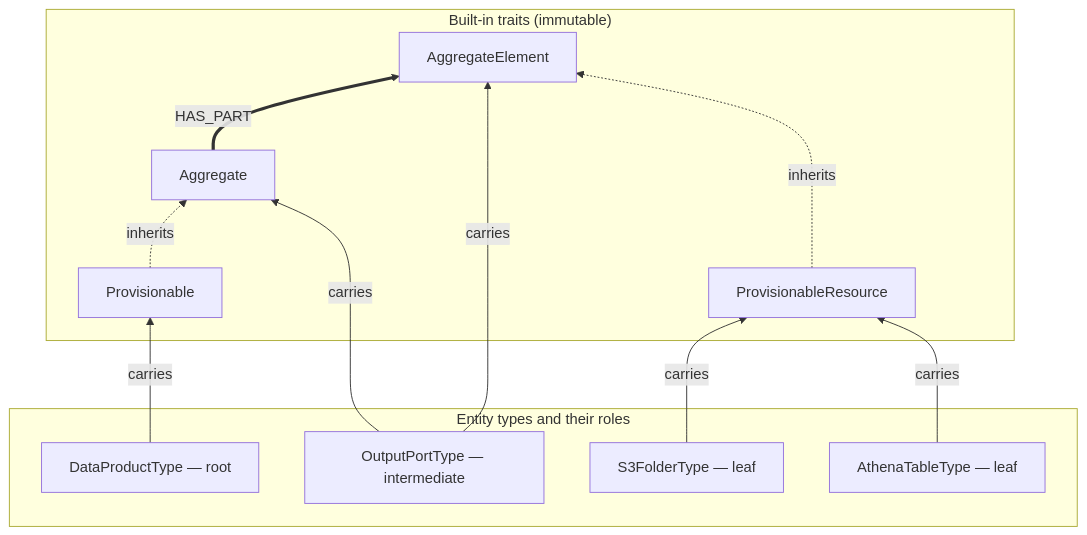
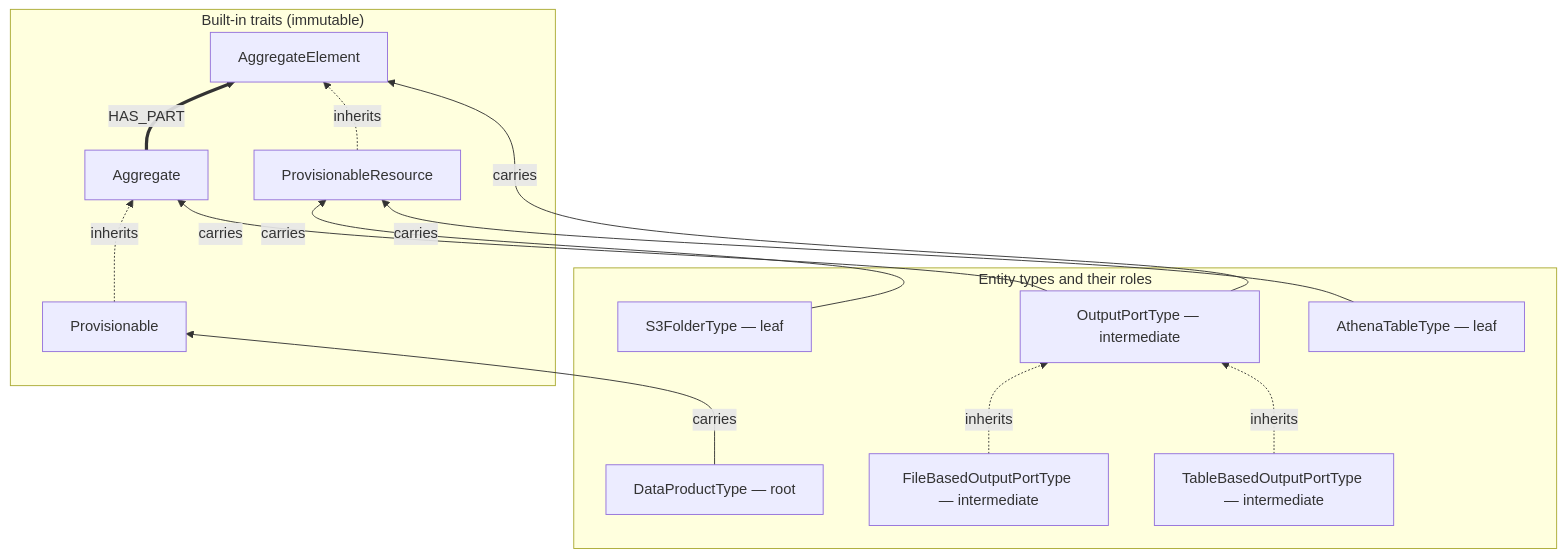
Before and after one commit to dgreco/metacatalog: the first of 2 diagrams in README.md, drawn with Mermaid. The commit also changed other lines of this file, not shown here.

First line of the commit message:
docs(readme): refresh stale claims — Java 26, procedure_run table, demo aggregate diagrams

````diff
--- a/README.md
+++ b/README.md
@@ -875,17 +875,19 @@
 ```mermaid
 flowchart BT
     subgraph builtin["Built-in traits (immutable)"]
         AGG["Aggregate"]
         ELEM["AggregateElement"]
         AGG =="HAS_PART"==> ELEM
         PROV["Provisionable"] -. inherits .-> AGG
         RES["ProvisionableResource"] -. inherits .-> ELEM
     end
     subgraph types["Entity types and their roles"]
         DPT["DataProductType — root"] --"carries"--> PROV
         OPT["OutputPortType — intermediate"] --"carries"--> AGG
         OPT --"carries"--> ELEM
+        FBT["FileBasedOutputPortType — intermediate"] -. inherits .-> OPT
+        TBT["TableBasedOutputPortType — intermediate"] -. inherits .-> OPT
         S3T["S3FolderType — leaf"] --"carries"--> RES
         ATT["AthenaTableType — leaf"] --"carries"--> RES
     end
 ```
````
